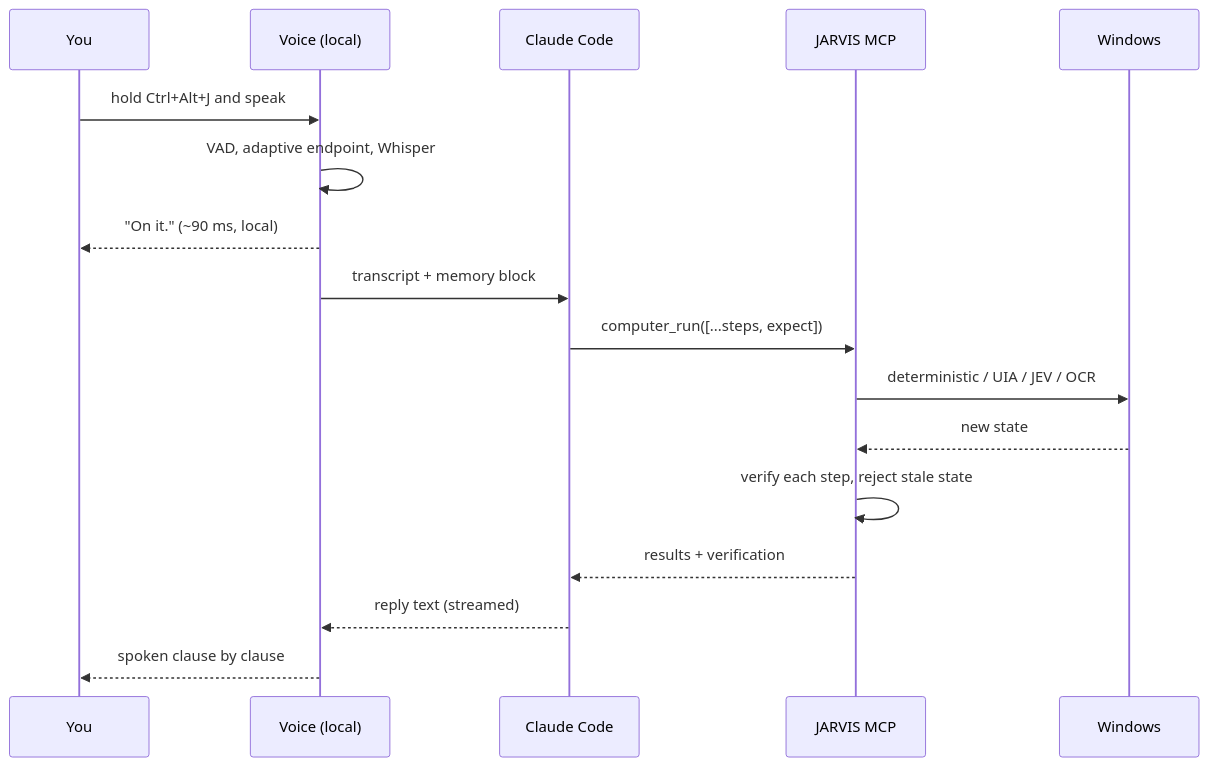
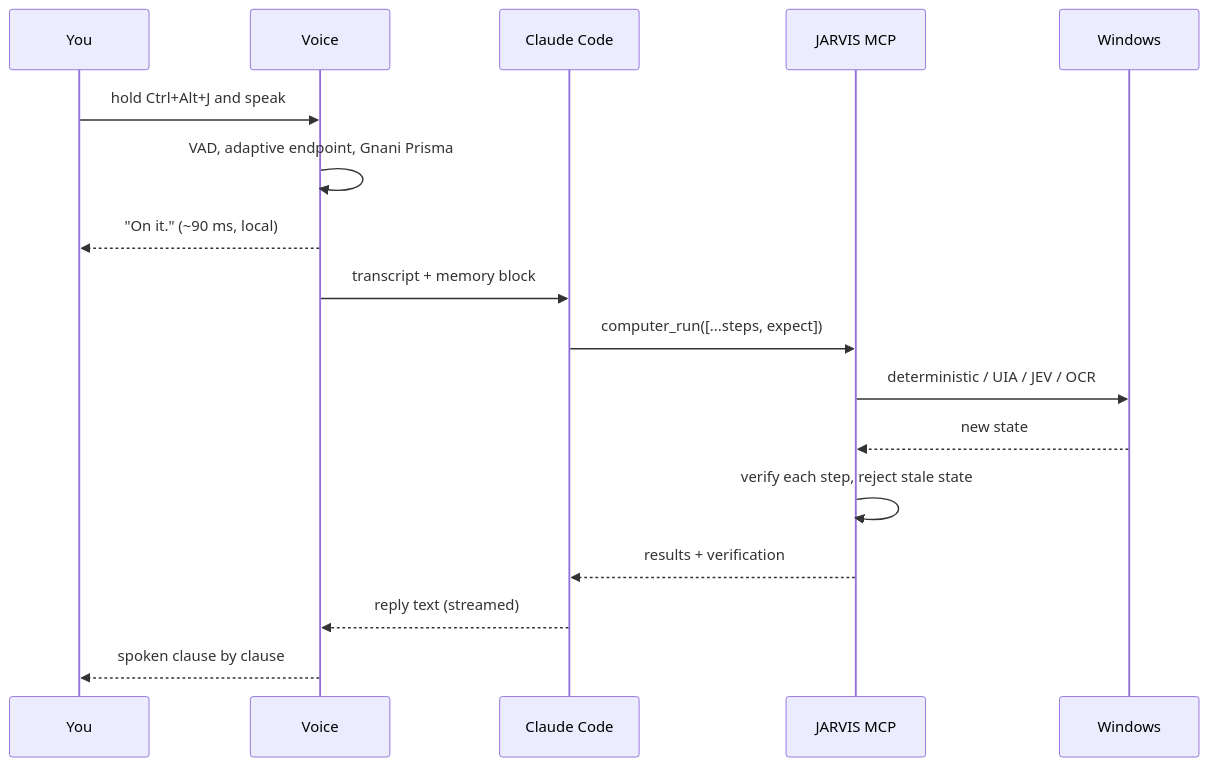
One commit to prabindersinghh/Jarvis-GNANI changed the second of 2 diagrams in README.md. Above: the diagram before and after it, drawn with Mermaid. The commit also changed other lines of this file and 36 other files, not shown here.

Commit message:
feat: gnani-prisma-timbre-integration and updation of docs

````diff
--- a/README.md
+++ b/README.md
@@ -195,19 +195,19 @@
 ```mermaid
 sequenceDiagram
     participant U as You
-    participant V as Voice (local)
+    participant V as Voice
     participant C as Claude Code
     participant M as JARVIS MCP
     participant W as Windows
     U->>V: hold Ctrl+Alt+J and speak
-    V->>V: VAD, adaptive endpoint, Whisper
+    V->>V: VAD, adaptive endpoint, Gnani Prisma
     V-->>U: "On it." (~90 ms, local)
     V->>C: transcript + memory block
     C->>M: computer_run([...steps, expect])
     M->>W: deterministic / UIA / JEV / OCR
     W-->>M: new state
     M->>M: verify each step, reject stale state
     M-->>C: results + verification
     C-->>V: reply text (streamed)
     V-->>U: spoken clause by clause
 ```
````
